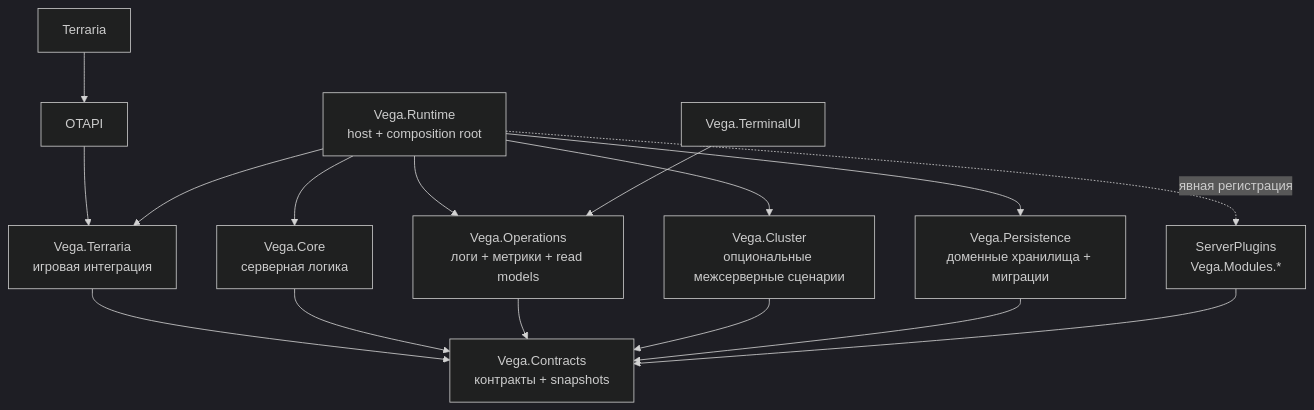
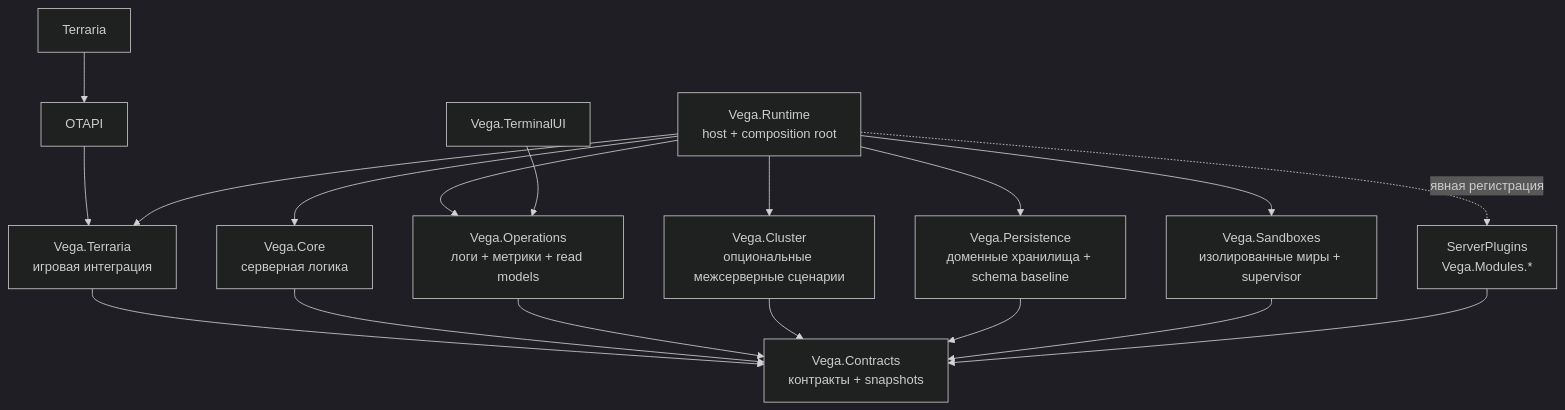
The diagram in README.md (VegaKernel/Vega), drawn with Mermaid (dark theme) before and after one commit. The commit also changed other lines of this file and 49 other files, not shown here.

````diff
--- a/README.md
+++ b/README.md
@@ -17,21 +17,23 @@
 ```mermaid
 flowchart TB
     Terraria["Terraria"] --> OTAPI["OTAPI"]
     OTAPI --> TerrariaAdapter["Vega.Terraria<br/>игровая интеграция"]
 
     Runtime["Vega.Runtime<br/>host + composition root"] --> TerrariaAdapter
     Runtime --> Core["Vega.Core<br/>серверная логика"]
     Runtime --> Operations["Vega.Operations<br/>логи + метрики + read models"]
     Runtime --> Cluster["Vega.Cluster<br/>опциональные межсерверные сценарии"]
-    Runtime --> Persistence["Vega.Persistence<br/>доменные хранилища + миграции"]
+    Runtime --> Persistence["Vega.Persistence<br/>доменные хранилища + schema baseline"]
+    Runtime --> Sandboxes["Vega.Sandboxes<br/>изолированные миры + supervisor"]
     Runtime -. "явная регистрация" .-> Modules["ServerPlugins<br/>Vega.Modules.*"]
 
     TerrariaAdapter --> Contracts["Vega.Contracts<br/>контракты + snapshots"]
     Core --> Contracts
     Operations --> Contracts
     Cluster --> Contracts
     Persistence --> Contracts
+    Sandboxes --> Contracts
     Modules --> Contracts
 
     TerminalUI["Vega.TerminalUI"] --> Operations
 ```
````
